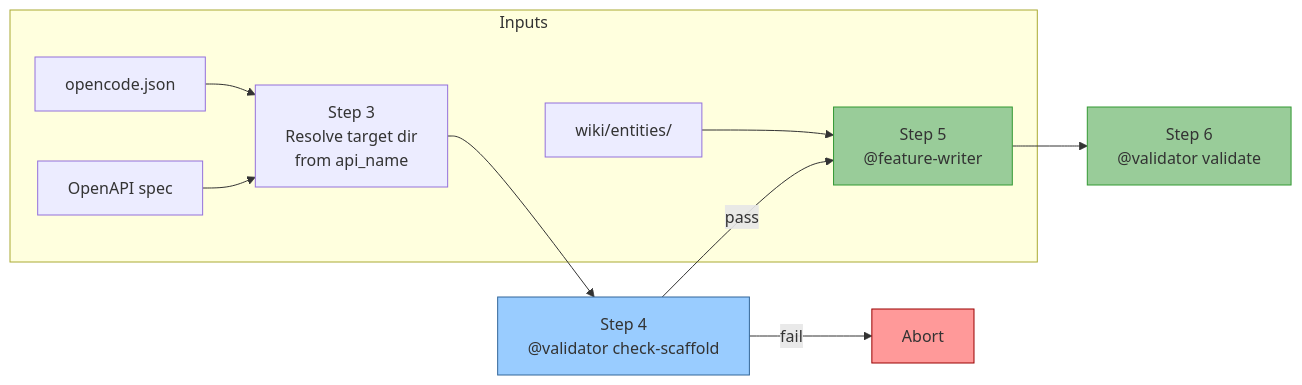
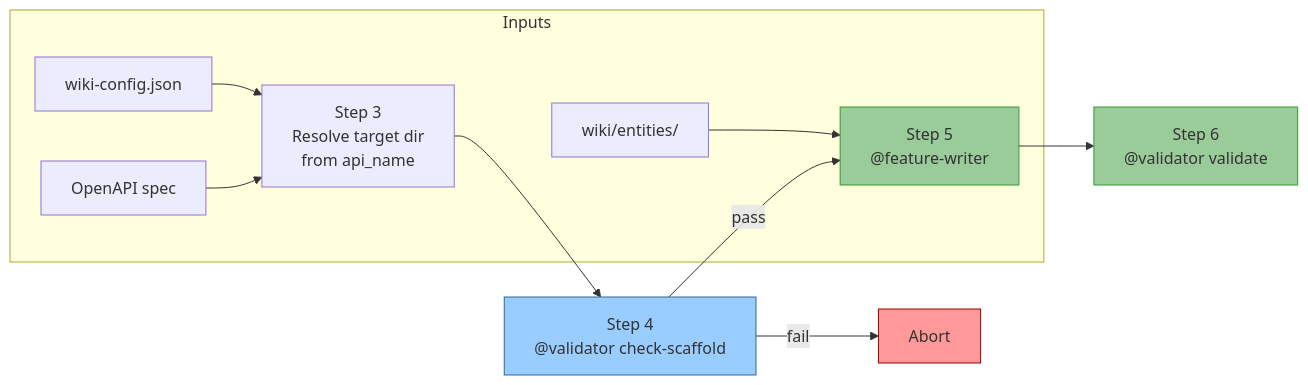
One commit to sangharshgautam/cucumber-llm-wiki changed the diagram in README.md. Above: the diagram before and after it, drawn with Mermaid. The commit also changed other lines of this file and 6 other files, not shown here.

````diff
--- a/README.md
+++ b/README.md
@@ -50,19 +48,19 @@
 ```mermaid
 flowchart LR
     subgraph Inputs
-        A[opencode.json] --> D
+        A[wiki-config.json] --> D
         B[OpenAPI spec] --> D
         C[wiki/entities/] --> F
     end
 
     D[Step 3<br/>Resolve target dir<br/>from api_name] --> E[Step 4<br/>@validator check-scaffold]
     E -->|pass| F[Step 5<br/>@feature-writer]
     E -->|fail| X[Abort]
 
     F --> G[Step 6<br/>@validator validate]
 
     style X fill:#f99,stroke:#900
     style E fill:#9cf,stroke:#369
     style F fill:#9c9,stroke:#393
     style G fill:#9c9,stroke:#393
 ```
````
